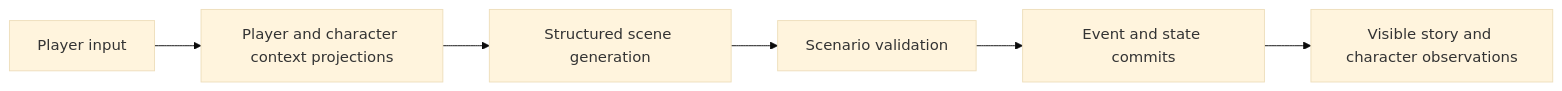
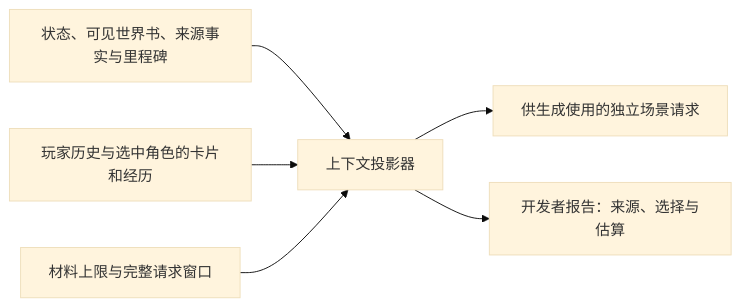
Before and after one commit to storyloop0/storyloop-harness: the third of 3 diagrams in README.md, drawn with Mermaid (base theme). The commit also changed other lines of this file and 27 other files, not shown here.

First line of the commit message:
feat: explain context projection and enforce request budgets (#3)

````diff
--- a/README.md
+++ b/README.md
@@ -27,8 +49,8 @@
 ```mermaid
 flowchart LR
-    Input[Player input] --> Context[Player and character context projections]
-    Context --> Model[Structured scene generation]
-    Model --> Validate[Scenario validation]
-    Validate --> Store[Event and state commits]
-    Store --> Output[Visible story and character observations]
+    Sources[状态、可见世界书、来源事实与里程碑] --> Projector[上下文投影器]
+    Views[玩家历史与选中角色的卡片和经历] --> Projector
+    Budget[材料上限与完整请求窗口] --> Projector
+    Projector --> Request[供生成使用的独立场景请求]
+    Projector --> Report[开发者报告：来源、选择与估算]
 ```
````
